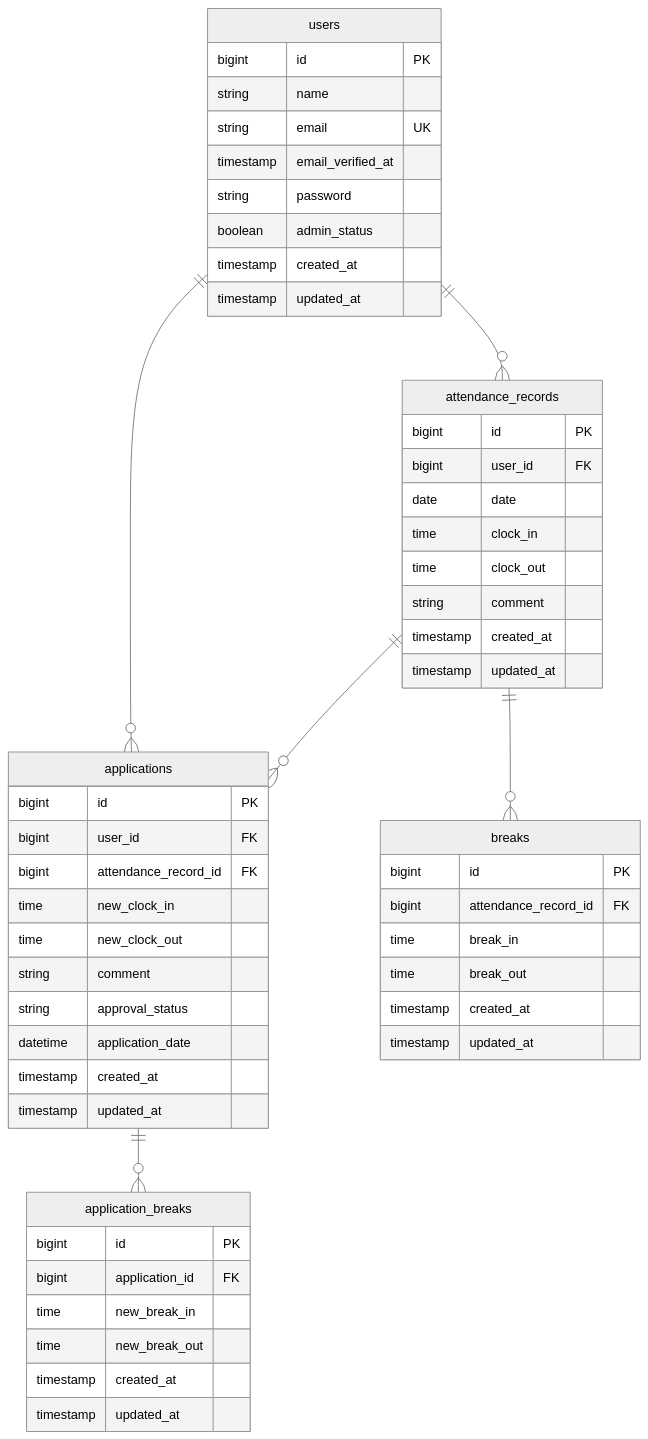
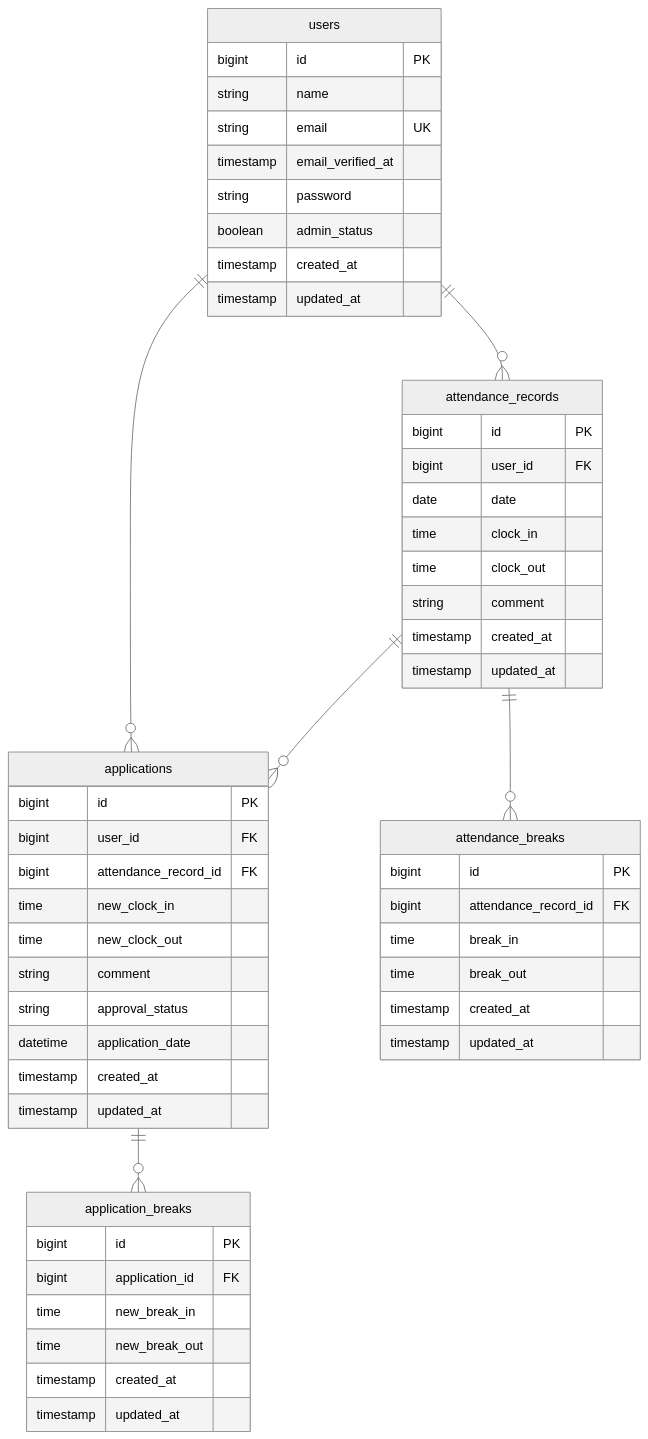
Before and after one commit to aridome-sashizume/attendance-app: the diagram in README.md, drawn with Mermaid (neutral theme). The commit also changed other lines of this file, not shown here.

````diff
--- a/README.md
+++ b/README.md
@@ -87,61 +124,60 @@
 ```mermaid
 erDiagram
   users ||--o{ attendance_records : ""
   users ||--o{ applications : ""
-  attendance_records ||--o{ breaks : ""
   attendance_records ||--o{ applications : ""
   applications ||--o{ application_breaks : ""
-
+  attendance_records ||--o{ attendance_breaks : ""
   users {
     bigint id PK
     string name
     string email UK
     timestamp email_verified_at
     string password
     boolean admin_status
     timestamp created_at
     timestamp updated_at
   }
 
   attendance_records {
     bigint id PK
     bigint user_id FK
     date date
     time clock_in
     time clock_out
     string comment
     timestamp created_at
     timestamp updated_at
   }
 
-  breaks {
+  attendance_breaks {
     bigint id PK
     bigint attendance_record_id FK
     time break_in
     time break_out
     timestamp created_at
     timestamp updated_at
   }
 
   applications {
     bigint id PK
     bigint user_id FK
     bigint attendance_record_id FK
     time new_clock_in
     time new_clock_out
     string comment
     string approval_status
     datetime application_date
     timestamp created_at
     timestamp updated_at
   }
 
   application_breaks {
     bigint id PK
     bigint application_id FK
     time new_break_in
     time new_break_out
     timestamp created_at
     timestamp updated_at
   }
 ```
````
